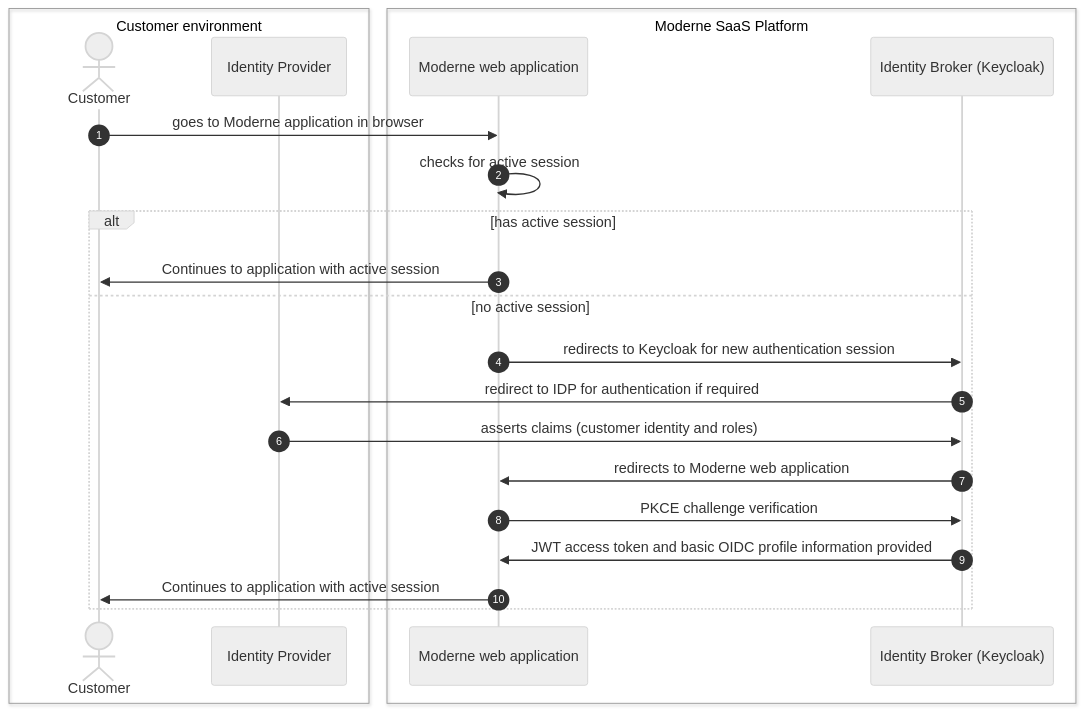
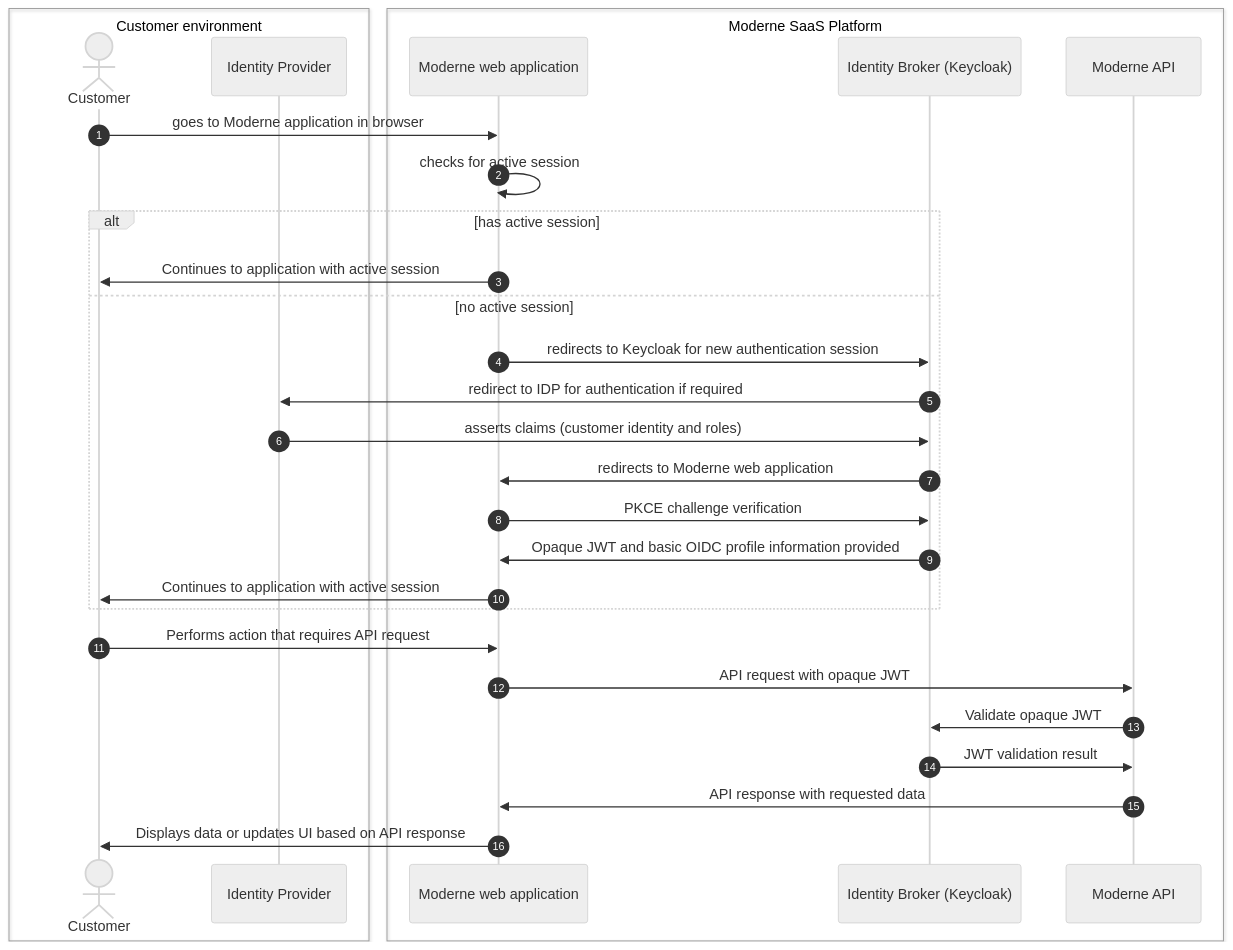
One commit to moderneinc/moderne-docs changed the diagram in administrator-documentation/moderne-platform/references/authentication.md. Above: the diagram before and after it, drawn with Mermaid (neutral theme).

Commit message:
docs: update authentication diagram to show opaque token verification

````diff
--- a/administrator-documentation/moderne-platform/references/authentication.md
+++ b/administrator-documentation/moderne-platform/references/authentication.md
@@ -32,26 +32,33 @@
 ```mermaid fullWidth="true"
 sequenceDiagram
     autonumber
     box transparent Customer environment
     actor Customer
     participant customerIdp as Identity Provider
     end
-	box transparent Moderne SaaS Platform
+    box transparent Moderne SaaS Platform
     participant web as Moderne web application
     participant keycloak as Identity Broker (Keycloak)
+    participant api as Moderne API
     end
     Customer->>web: goes to Moderne application in browser
     web->>web: checks for active session
     alt has active session
-    web->>Customer: Continues to application with active session
+        web->>Customer: Continues to application with active session
     else no active session
-    web->>keycloak: redirects to Keycloak for new authentication session
-    keycloak->>customerIdp: redirect to IDP for authentication if required
-    customerIdp->>keycloak: asserts claims (customer identity and roles)
-    keycloak->>web: redirects to Moderne web application
-    web->>keycloak: PKCE challenge verification
-    keycloak->>web: JWT access token and basic OIDC profile information provided
-    web->>Customer: Continues to application with active session
+        web->>keycloak: redirects to Keycloak for new authentication session
+        keycloak->>customerIdp: redirect to IDP for authentication if required
+        customerIdp->>keycloak: asserts claims (customer identity and roles)
+        keycloak->>web: redirects to Moderne web application
+        web->>keycloak: PKCE challenge verification
+        keycloak->>web: Opaque JWT and basic OIDC profile information provided
+        web->>Customer: Continues to application with active session
     end
+    Customer->>web: Performs action that requires API request
+    web->>api: API request with opaque JWT
+    api->>keycloak: Validate opaque JWT
+    keycloak->>api: JWT validation result
+    api->>web: API response with requested data
+    web->>Customer: Displays data or updates UI based on API response
 
 ```
````
